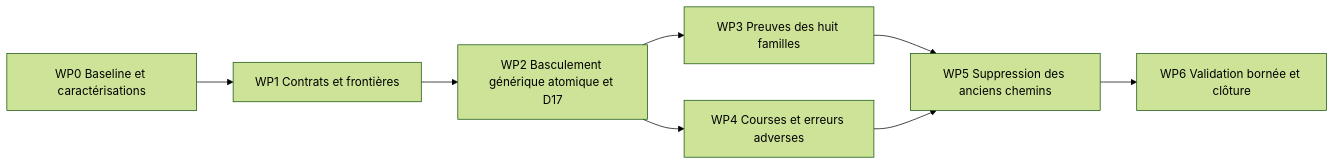
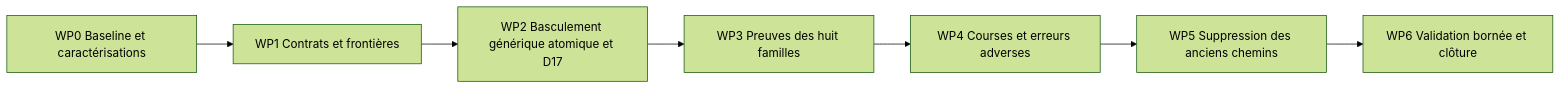
One commit to kartaguez/pocoma changed the diagram in docs/plans/2026-10-16-consumption-generic-transactional-protocol.md. Above: the diagram before and after it, drawn with Mermaid (forest theme). The commit also changed other lines of this file and 8 other files, not shown here.

````diff
--- a/docs/plans/2026-10-16-consumption-generic-transactional-protocol.md
+++ b/docs/plans/2026-10-16-consumption-generic-transactional-protocol.md
@@ -238,10 +238,9 @@
 ```mermaid
 flowchart LR
   W0[WP0 Baseline et caractérisations] --> W1[WP1 Contrats et frontières]
   W1 --> W2[WP2 Basculement générique atomique et D17]
   W2 --> W3[WP3 Preuves des huit familles]
-  W2 --> W4[WP4 Courses et erreurs adverses]
-  W3 --> W5[WP5 Suppression des anciens chemins]
-  W4 --> W5
+  W3 --> W4[WP4 Courses et erreurs adverses]
+  W4 --> W5[WP5 Suppression des anciens chemins]
   W5 --> W6[WP6 Validation bornée et clôture]
 ```
````
